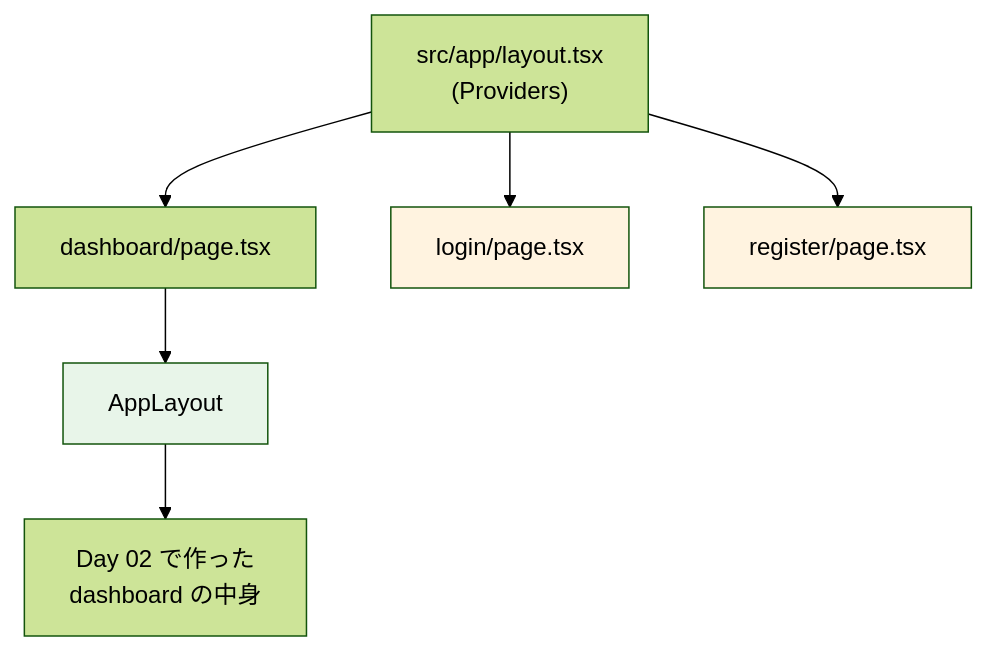
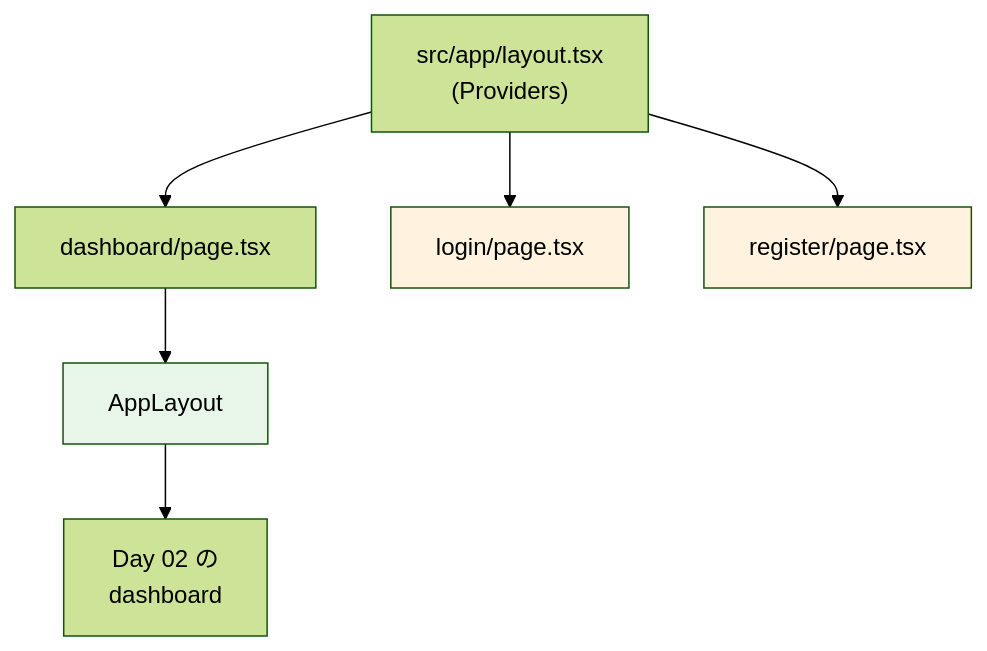
The fifth of 5 diagrams in material/30days-curriculum/day08_サイドバーを完成させよう.md (kouiso/task-app), drawn with Mermaid (forest theme) before and after one commit. The commit also changed other lines of this file and 2 other files, not shown here.

````diff
--- a/material/30days-curriculum/day08_サイドバーを完成させよう.md
+++ b/material/30days-curriculum/day08_サイドバーを完成させよう.md
@@ -614,12 +614,12 @@
 ```mermaid
 flowchart TD
     A["src/app/layout.tsx<br/>(Providers)"] --> B["dashboard/page.tsx"]
     A --> C["login/page.tsx"]
     A --> D["register/page.tsx"]
     B --> E["AppLayout"]
-    E --> F["Day 02 で作った<br/>dashboard の中身"]
+    E --> F["Day 02 の<br/>dashboard"]
 
     style E fill:#e8f5e9
     style C fill:#fff3e0
     style D fill:#fff3e0
 ```
````
